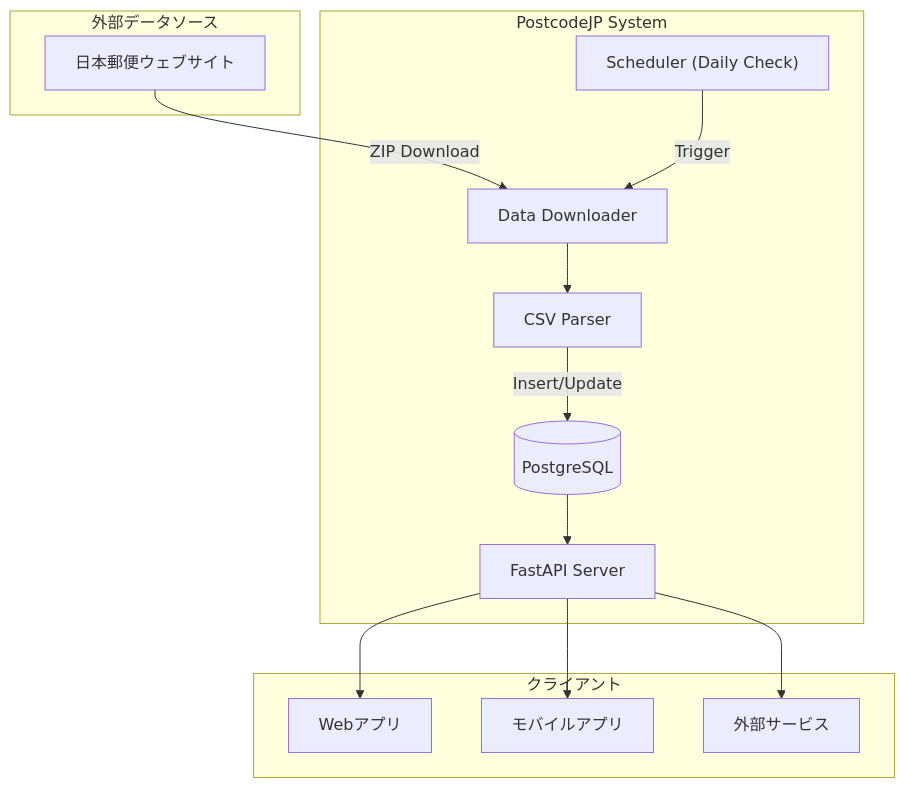
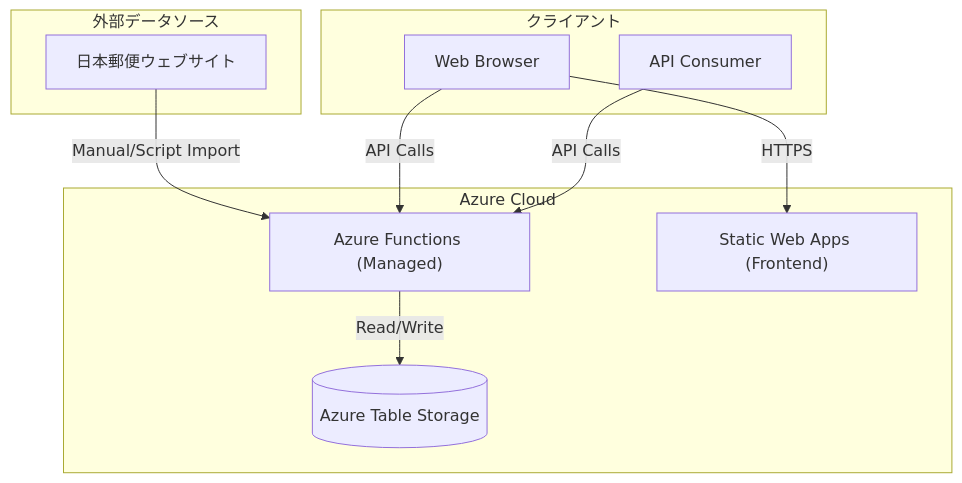
One commit to Yorihito/postcodejp changed the diagram in docs/requirements.md. Above: the diagram before and after it, drawn with Mermaid. The commit also changed other lines of this file, not shown here.

Commit message:
docs: update requirements.md to reflect current system architecture

````diff
--- a/docs/requirements.md
+++ b/docs/requirements.md
@@ -76,29 +31,23 @@
 ```mermaid
 flowchart TB
     subgraph External["外部データソース"]
         JP["日本郵便ウェブサイト"]
     end
     
-    subgraph System["PostcodeJP System"]
-        Scheduler["Scheduler (Daily Check)"]
-        Downloader["Data Downloader"]
-        Parser["CSV Parser"]
-        DB[(PostgreSQL)]
-        API["FastAPI Server"]
+    subgraph Azure["Azure Cloud"]
+        FuncApp["Azure Functions (Managed)"]
+        TableStorage[(Azure Table Storage)]
+        StaticWeb["Static Web Apps (Frontend)"]
     end
     
     subgraph Clients["クライアント"]
-        Web["Webアプリ"]
-        Mobile["モバイルアプリ"]
-        External2["外部サービス"]
+        User["Web Browser"]
+        APIClient["API Consumer"]
     end
     
-    JP -->|ZIP Download| Downloader
-    Scheduler -->|Trigger| Downloader
-    Downloader --> Parser
-    Parser -->|Insert/Update| DB
-    DB --> API
-    API --> Web
-    API --> Mobile
-    API --> External2
+    JP -->|Manual/Script Import| FuncApp
+    FuncApp -->|Read/Write| TableStorage
+    User -->|HTTPS| StaticWeb
+    User -->|API Calls| FuncApp
+    APIClient -->|API Calls| FuncApp
 ```
````
